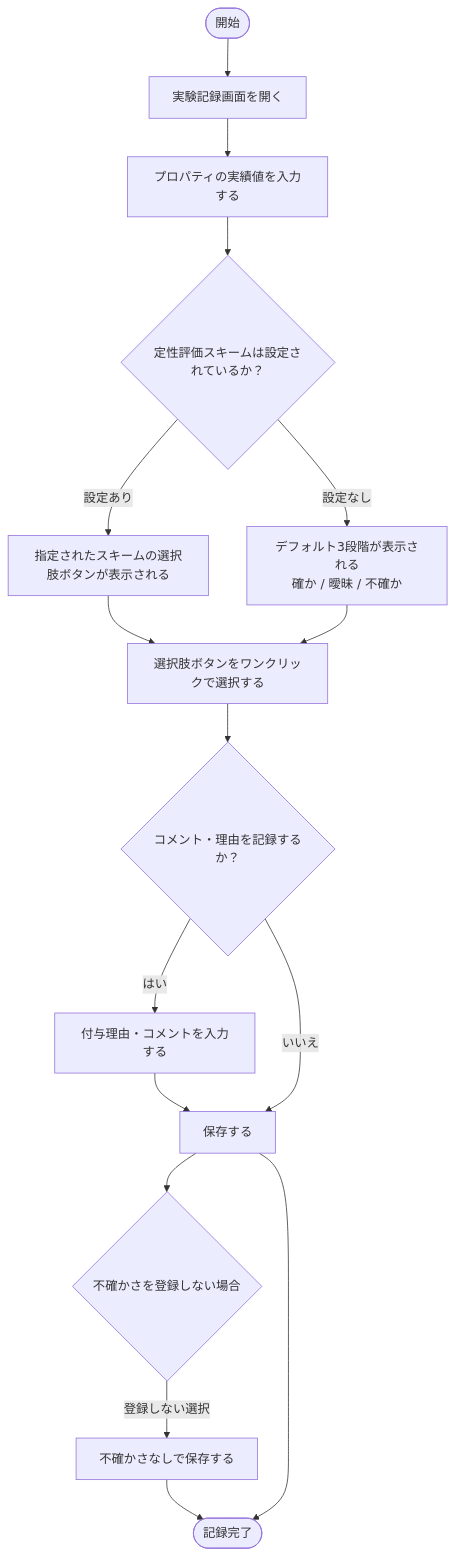
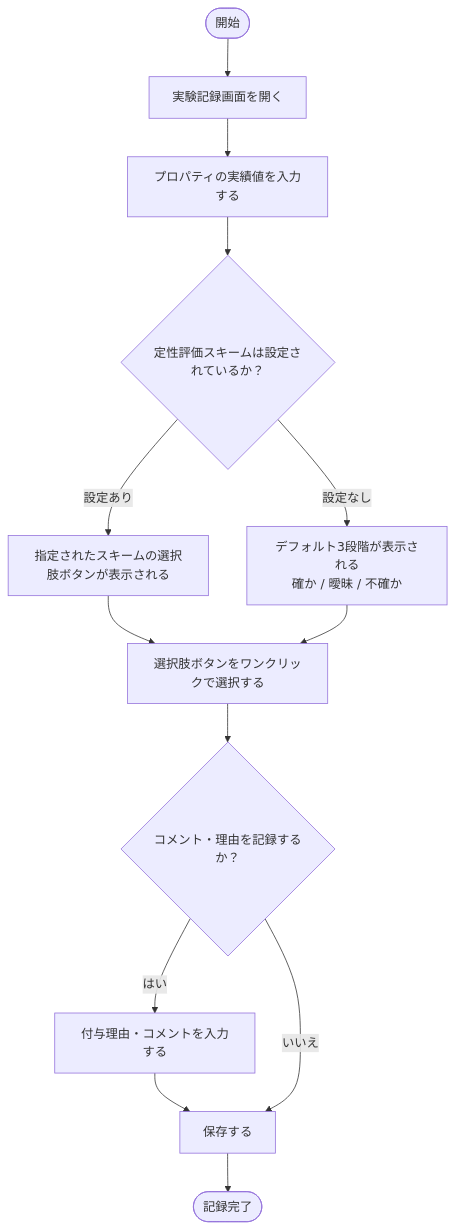
One commit to HisashiShimada/AlcheMia_Prod_PH2 changed the ninth of 12 diagrams in docs/requirement/phase2/03_Uncertainty/04_Business_Flow.md. Above: the diagram before and after it, drawn with Mermaid. The commit also changed other lines of this file and 8 other files, not shown here.

````diff
--- a/docs/requirement/phase2/03_Uncertainty/04_Business_Flow.md
+++ b/docs/requirement/phase2/03_Uncertainty/04_Business_Flow.md
@@ -353,18 +352,15 @@
 ```mermaid
 flowchart TD
   Start([開始]) --> A[実験記録画面を開く]
   A --> B[プロパティの実績値を入力する]
   B --> C{定性評価スキームは設定されているか？}
   C -- 設定あり --> D[指定されたスキームの選択肢ボタンが表示される]
   C -- 設定なし --> E[デフォルト3段階が表示される\n確か / 曖昧 / 不確か]
   D --> F[選択肢ボタンをワンクリックで選択する]
   E --> F
   F --> G{コメント・理由を記録するか？}
   G -- はい --> H[付与理由・コメントを入力する]
   H --> I[保存する]
   G -- いいえ --> I
-  I --> J{不確かさを登録しない場合}
-  J -- 登録しない選択 --> K[不確かさなしで保存する]
-  K --> End([記録完了])
-  I --> End
+  I --> End([記録完了])
 ```
````
